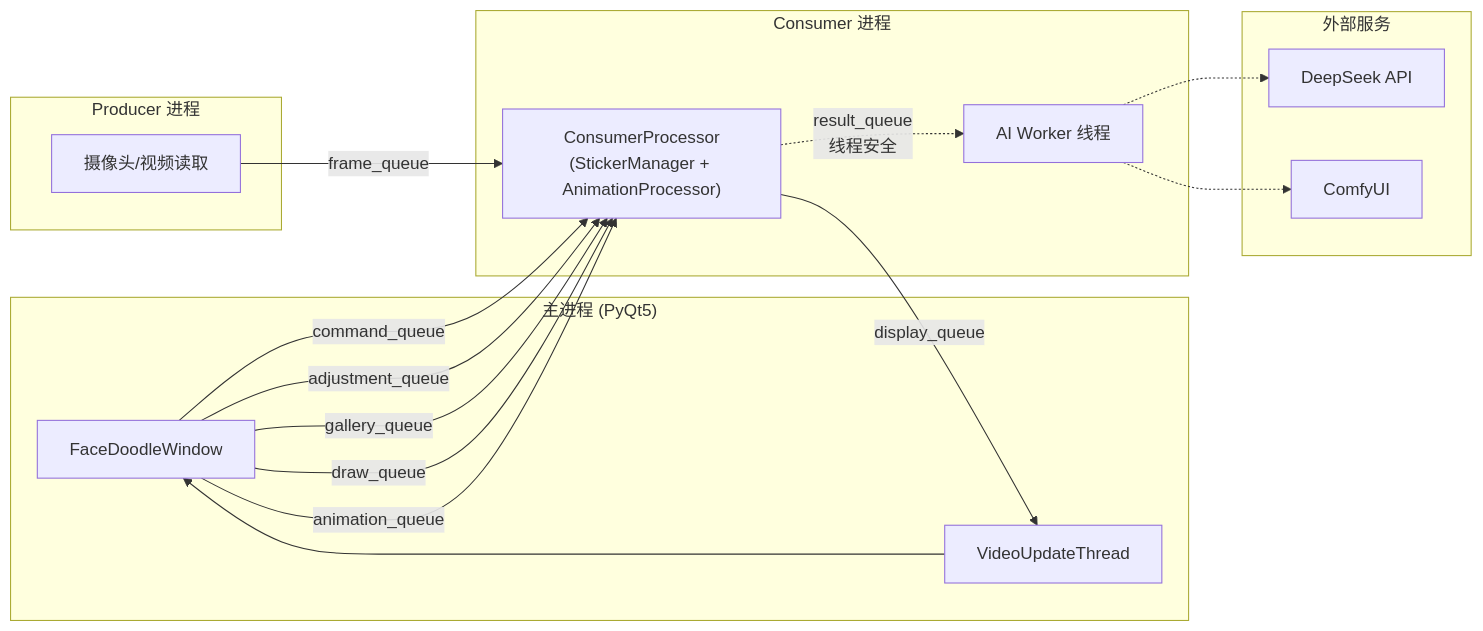
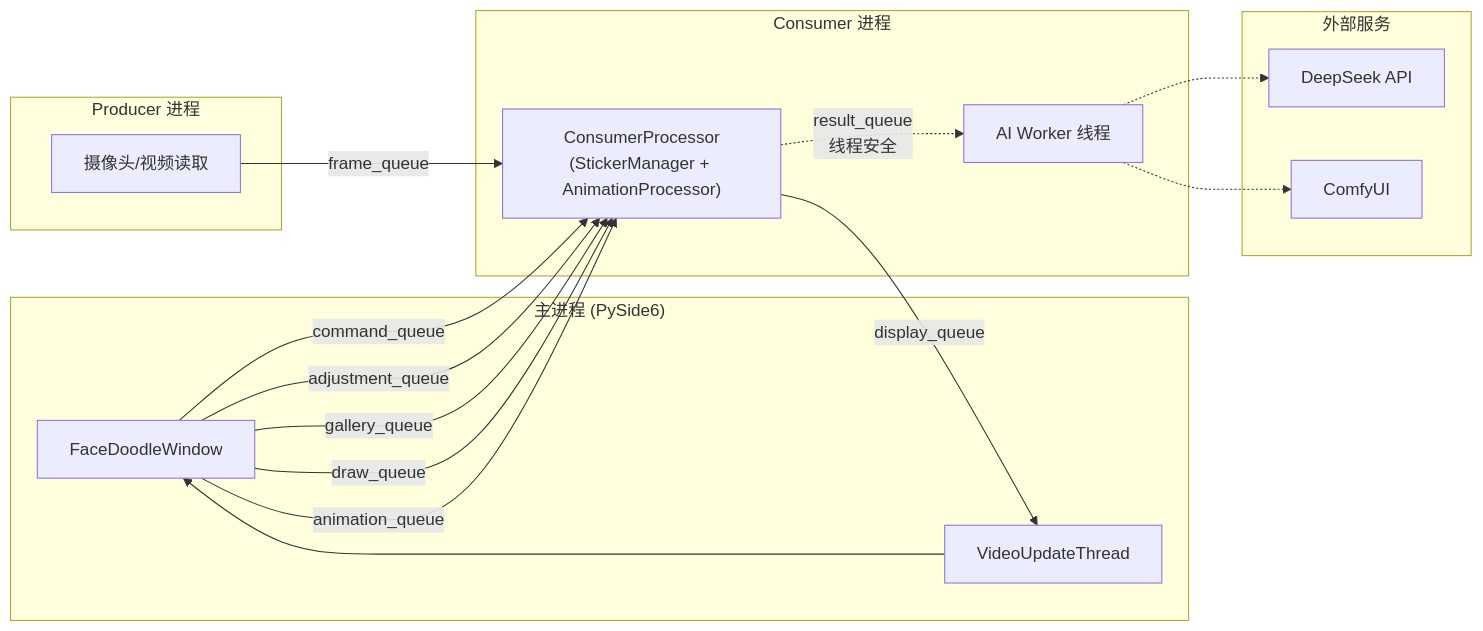
Before and after one commit to wwwhhh333/FaceDoodle: the first of 9 diagrams in docs/TECHNICAL_REPORT.md, drawn with Mermaid. The commit also changed other lines of this file and 18 other files, not shown here.

````diff
--- a/docs/TECHNICAL_REPORT.md
+++ b/docs/TECHNICAL_REPORT.md
@@ -50,30 +50,30 @@
 ```mermaid
 flowchart LR
-    subgraph Main["主进程 (PyQt5)"]
+    subgraph Main["主进程 (PySide6)"]
         UI["FaceDoodleWindow"]
         VUT["VideoUpdateThread"]
     end
     subgraph Producer["Producer 进程"]
         CAM["摄像头/视频读取"]
     end
     subgraph Consumer["Consumer 进程"]
         CP["ConsumerProcessor<br/>(StickerManager + AnimationProcessor)"]
         AIW["AI Worker 线程"]
     end
     subgraph External["外部服务"]
         DS["DeepSeek API"]
         CF["ComfyUI"]
     end
 
     CAM -->|frame_queue| CP
     UI -->|command_queue| CP
     UI -->|adjustment_queue| CP
     UI -->|gallery_queue| CP
     UI -->|draw_queue| CP
     UI -->|animation_queue| CP
     CP -->|display_queue| VUT
     VUT --> UI
     CP -.->|result_queue<br/>线程安全| AIW
     AIW -.-> DS
     AIW -.-> CF
 ```
````
